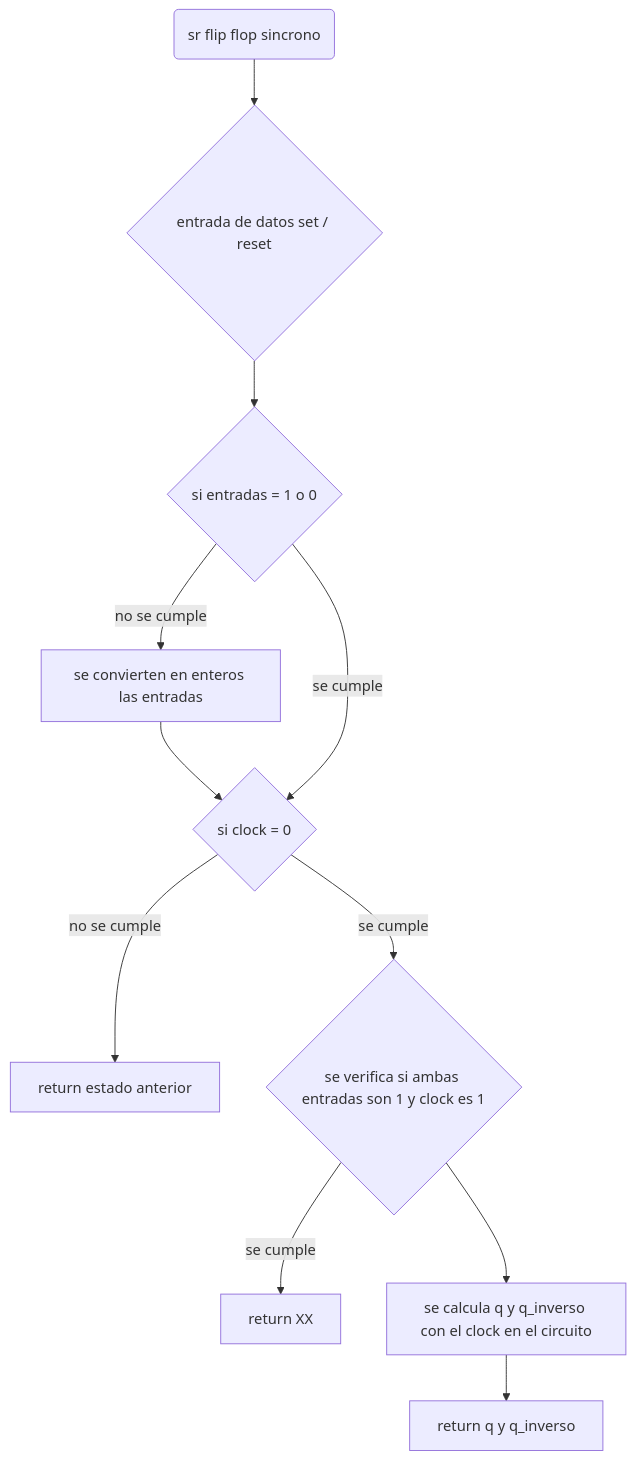
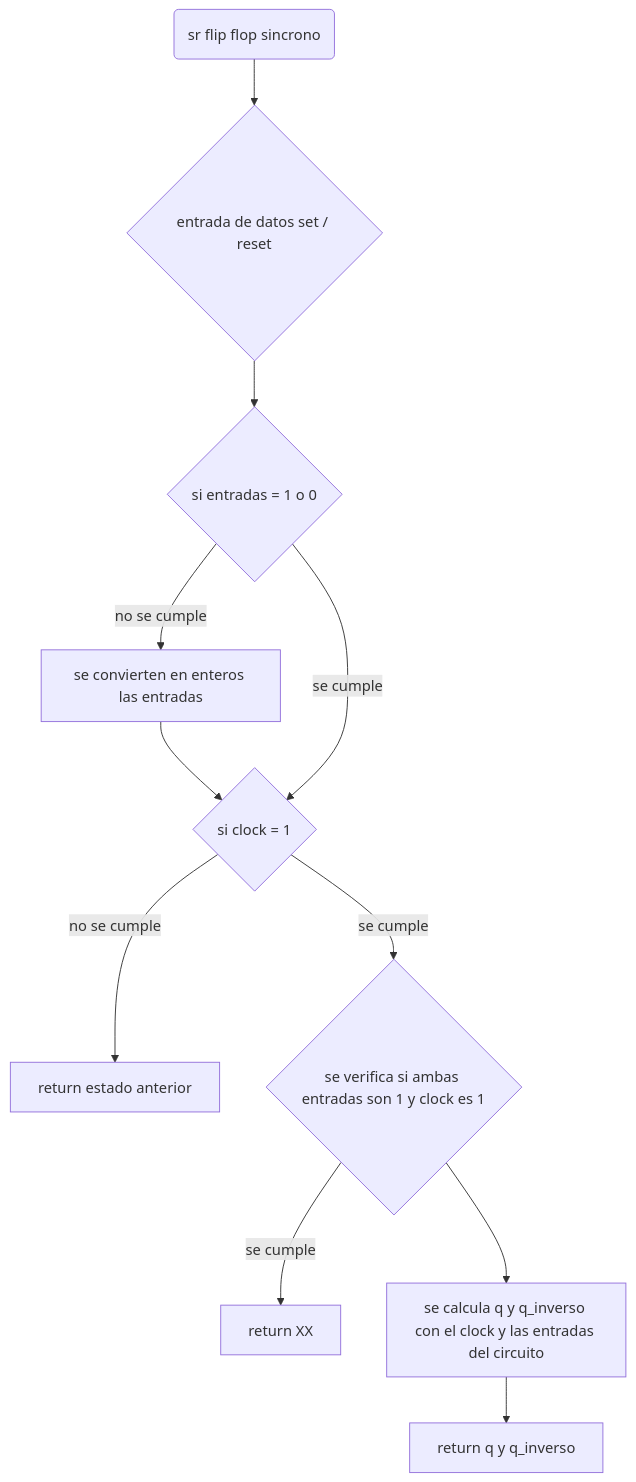
The tenth of 12 diagrams in README.md (JavierGONL/proyecto_programacion_actualizado), drawn with Mermaid before and after one commit. The commit also changed other lines of this file, not shown here.

````diff
--- a/README.md
+++ b/README.md
@@ -412,10 +412,10 @@
   ```mermaid
 flowchart TD
     A(sr flip flop sincrono) --> B --> b
     B{entrada de datos set / reset}
     b{si entradas = 1 o 0}--> |no se cumple|c[se convierten en enteros las entradas] --> g
-    g{si clock = 0} --> |no se cumple|H[return estado anterior]
+    g{si clock = 1} --> |no se cumple|H[return estado anterior]
     b -->|se cumple|g -->|se cumple| C{se verifica si ambas entradas son 1 y clock es 1} --> |se cumple|D[ return XX]
-    C --> E[se calcula q y q_inverso con el clock en el circuito]
+    C --> E[se calcula q y q_inverso con el clock y las entradas del circuito]
     E --> F[return q y q_inverso]
 ```
````
